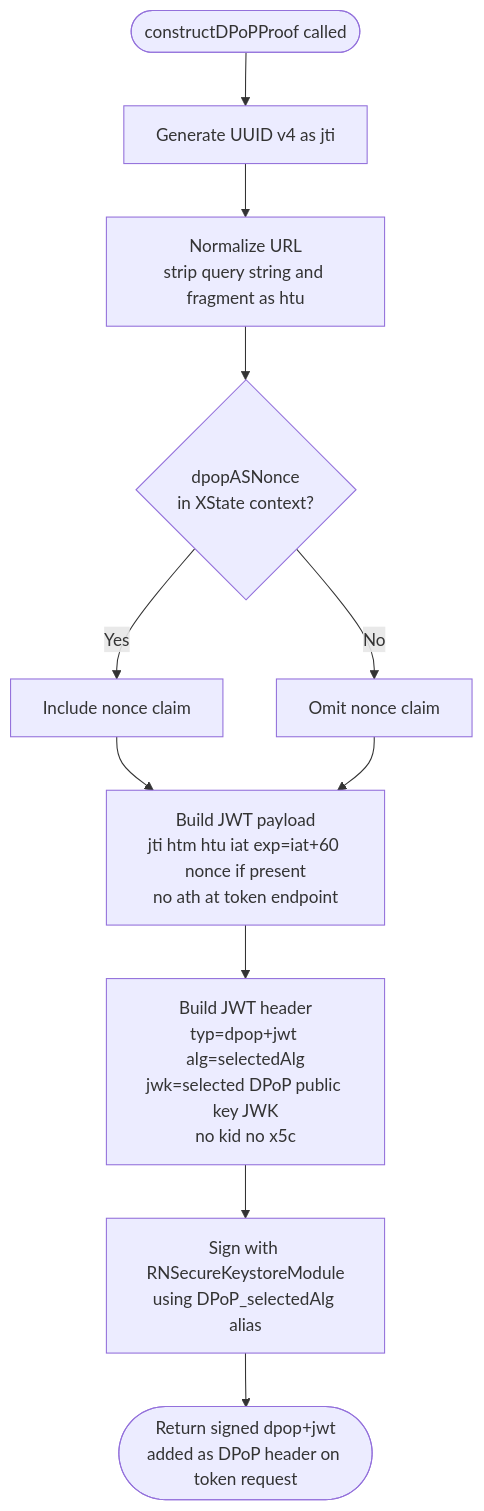
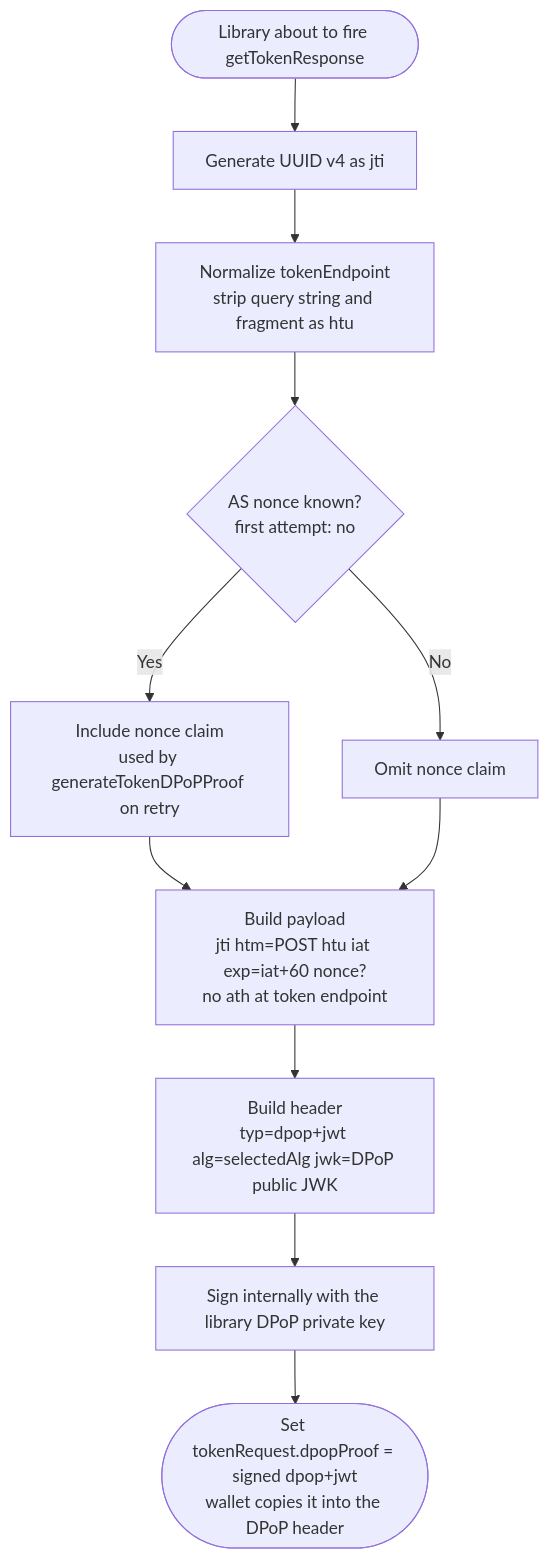
The fourth of 8 diagrams in docs/# ADR: DPoP Sender-Constrained Access To.md (inji/inji-wallet), drawn with Mermaid before and after one commit. The commit also changed other lines of this file, not shown here.

First line of the commit message:
docs(dpop): rework ADR — library owns DPoP end-to-end with ephemeral keys

````diff
--- a/docs/# ADR: DPoP Sender-Constrained Access To.md
+++ b/docs/# ADR: DPoP Sender-Constrained Access To.md
@@ -334,13 +273,13 @@
 ```mermaid
 flowchart TD
-    A([constructDPoPProof called]) --> B[Generate UUID v4 as jti]
-    B --> C[Normalize URL\nstrip query string and fragment as htu]
-    C --> D{dpopASNonce\nin XState context?}
-    D -- Yes --> E[Include nonce claim]
+    A([Library about to fire getTokenResponse]) --> B[Generate UUID v4 as jti]
+    B --> C[Normalize tokenEndpoint\nstrip query string and fragment as htu]
+    C --> D{AS nonce known?\nfirst attempt: no}
     D -- No --> F[Omit nonce claim]
-    E --> G[Build JWT payload\njti htm htu iat exp=iat+60 nonce if present\nno ath at token endpoint]
+    D -- Yes --> E[Include nonce claim\nused by generateTokenDPoPProof on retry]
+    E --> G[Build payload\njti htm=POST htu iat exp=iat+60 nonce?\nno ath at token endpoint]
     F --> G
-    G --> H[Build JWT header\ntyp=dpop+jwt alg=selectedAlg\njwk=selected DPoP public key JWK\nno kid no x5c]
-    H --> I[Sign with RNSecureKeystoreModule\nusing DPoP_selectedAlg alias]
-    I --> J([Return signed dpop+jwt\nadded as DPoP header on token request])
+    G --> H[Build header\ntyp=dpop+jwt alg=selectedAlg jwk=DPoP public JWK]
+    H --> I[Sign internally with the library DPoP private key]
+    I --> J([Set tokenRequest.dpopProof = signed dpop+jwt\nwallet copies it into the DPoP header])
 ```
````
